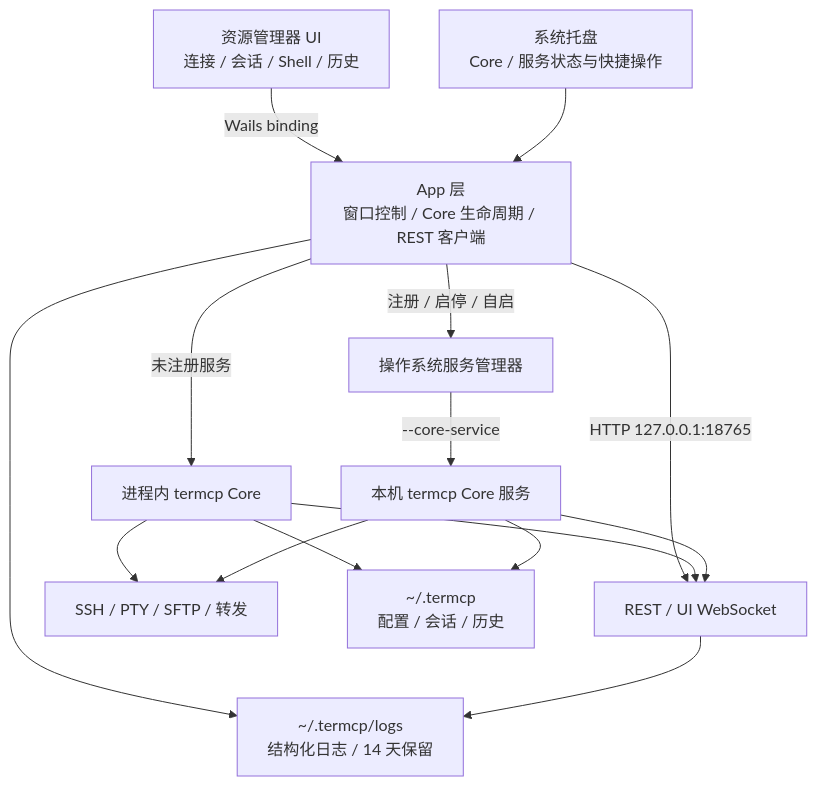
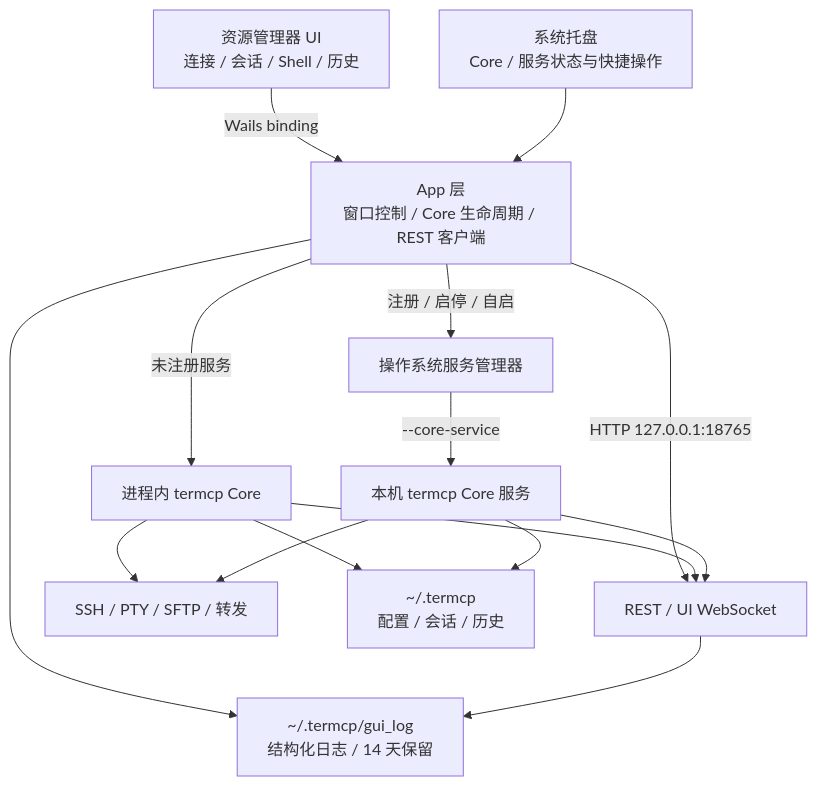
Before and after one commit to open-mcp-ai/Termcp-Desktop: the diagram in docs/architecture.md, drawn with Mermaid. The commit also changed other lines of this file and 25 other files, not shown here.

Commit message:
feat: integrate termcp core v0.2.5 and global GUI logging

````diff
--- a/docs/architecture.md
+++ b/docs/architecture.md
@@ -5,17 +5,17 @@
 ```mermaid
 flowchart TB
     UI[资源管理器 UI\n连接 / 会话 / Shell / 历史] -->|Wails binding| APP[App 层\n窗口控制 / Core 生命周期 / REST 客户端]
     APP -->|未注册服务| CORE[进程内 termcp Core]
     APP -->|注册 / 启停 / 自启| OS[操作系统服务管理器]
     OS -->|--core-service| DAEMON[本机 termcp Core 服务]
     APP -->|HTTP 127.0.0.1:18765| API[REST / UI WebSocket]
     CORE --> API
     DAEMON --> API
     CORE --> SSH[SSH / PTY / SFTP / 转发]
     CORE --> DATA[~/.termcp\n配置 / 会话 / 历史]
     DAEMON --> SSH
     DAEMON --> DATA
     TRAY[系统托盘\nCore / 服务状态与快捷操作] --> APP
-    APP --> LOG[~/.termcp/logs\n结构化日志 / 14 天保留]
+    APP --> LOG[~/.termcp/gui_log\n结构化日志 / 14 天保留]
     API --> LOG
 ```
````
